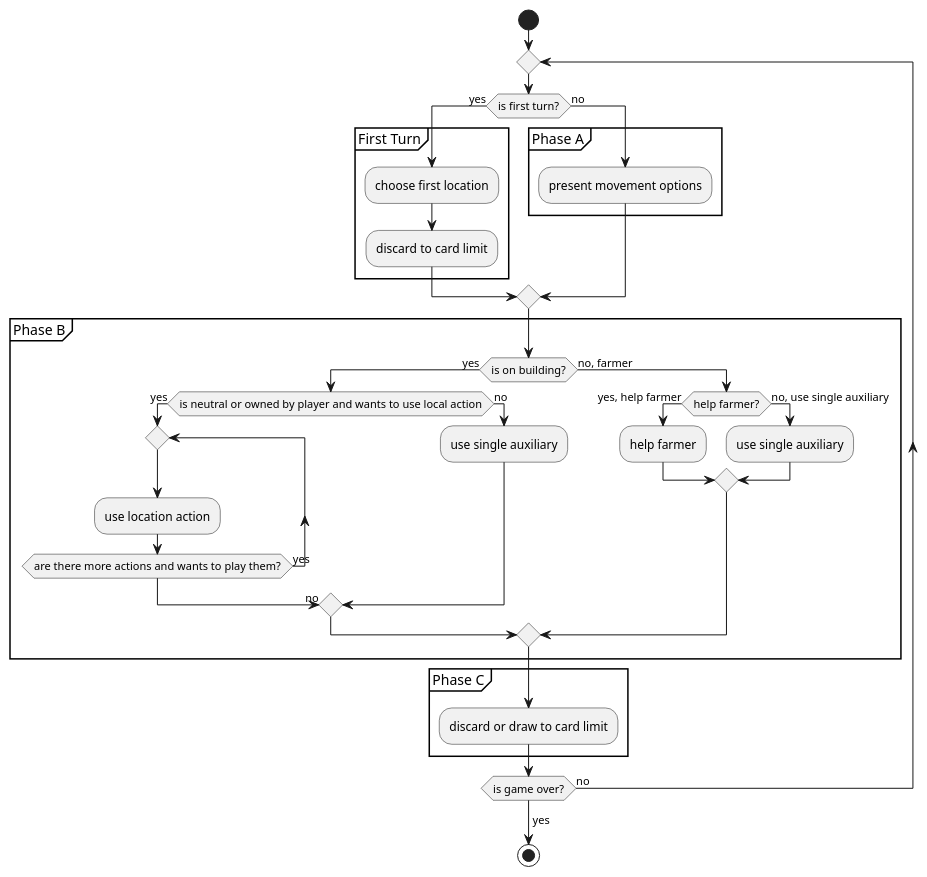
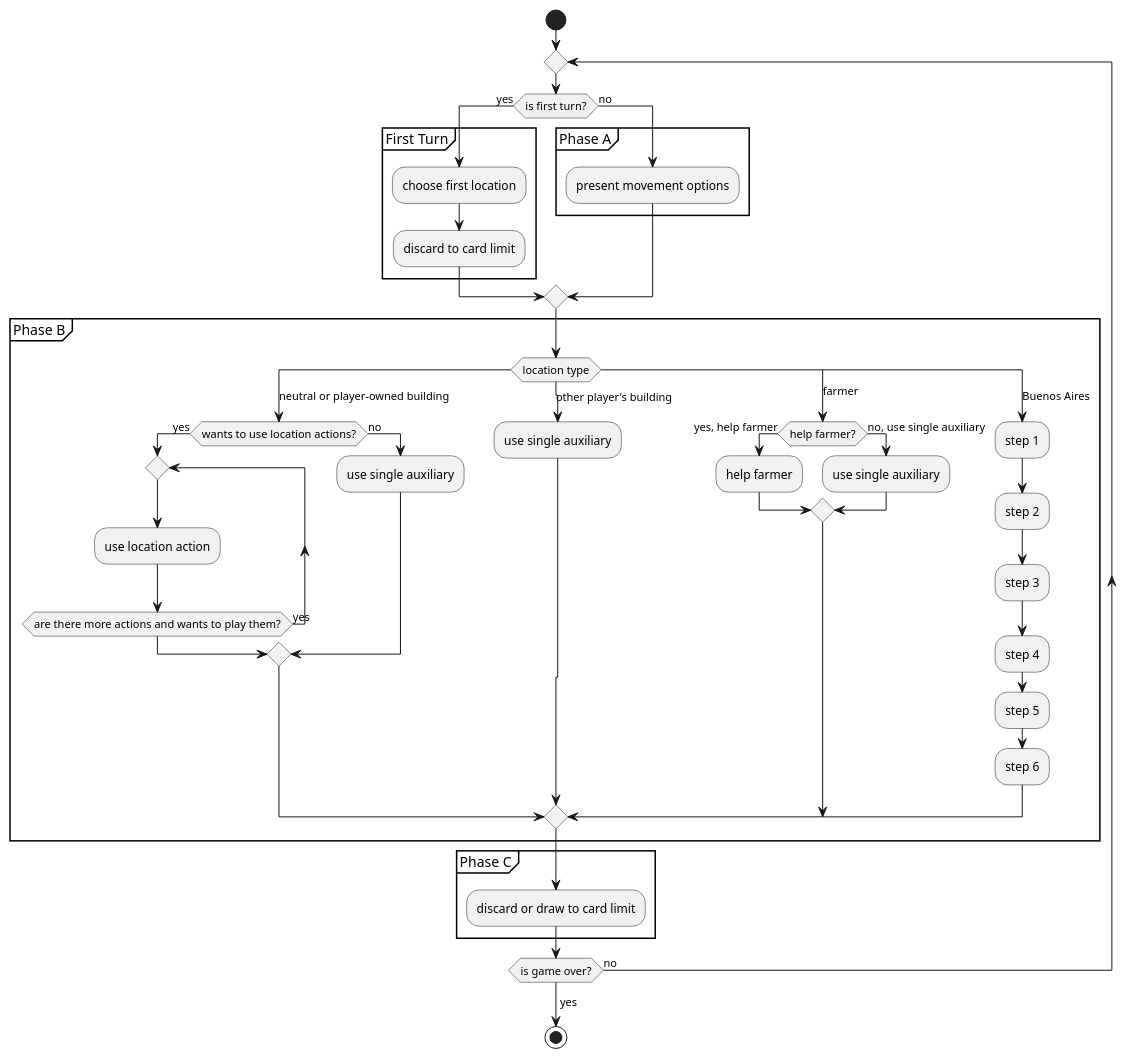
Before and after one commit to mihaeu/gwta: the diagram in README.md, drawn with PlantUML. The commit also changed other lines of this file, not shown here.

Commit message:
Document phase B and option handling

````diff
--- a/README.md
+++ b/README.md
@@ -11,71 +11,70 @@
 ```puml
 @startuml
 
 start
 
 repeat
 
     if (is first turn?) then (yes)
       group First Turn
         :choose first location;
         :discard to card limit;
         end group
     else (no)
       group Phase A
         :present movement options;
       end group
     endif
 
     group Phase B
-        if (is on building?) then (yes)
-            if (is neutral or owned by player and wants to use local action) then (yes)
-                repeat
-                :use location action;
+        switch (location type)
+        case (neutral or player-owned building)
+            if (wants to use location actions?) then (yes)
+            repeat
+            :use location action;
                 repeat while (are there more actions and wants to play them?) is (yes)
-                -> no;
             else (no)
-'                group objective cards
-'                if (has objective card?) then (yes)
-'                    :present objective card(s);
-'                    if (wants to play objective card?) then (yes)
-'                        :play objective card;
-'                    endif
-'                endif
-'                end group
                 :use single auxiliary;
             endif
-        else (no, farmer)
+        case (other player's building)
+                :use single auxiliary;
+        case (farmer)
             if (help farmer?) then (yes, help farmer)
                 :help farmer;
             else (no, use single auxiliary)
                 :use single auxiliary;
             endif
-        endif
+        case (Buenos Aires)
+            :step 1;
+            :step 2;
+            :step 3;
+            :step 4;
+            :step 5;
+            :step 6;
+        endswitch
     end group
 
     group Phase C
         :discard or draw to card limit;
     end group
 
 repeat while (is game over?) is (no)
 -> yes;
 
 'switch (test?)
 'case ( condition A )
 '  :Text 1;
 'case ( condition B )
 '  :Text 2;
 'case ( condition C )
 '  :Text 3;
 'case ( condition D )
 '  :Text 4;
 'case ( condition E )
 '  :Text 5;
 'endswitch
 
-
 stop
 
 @enduml
-
 ```
````
